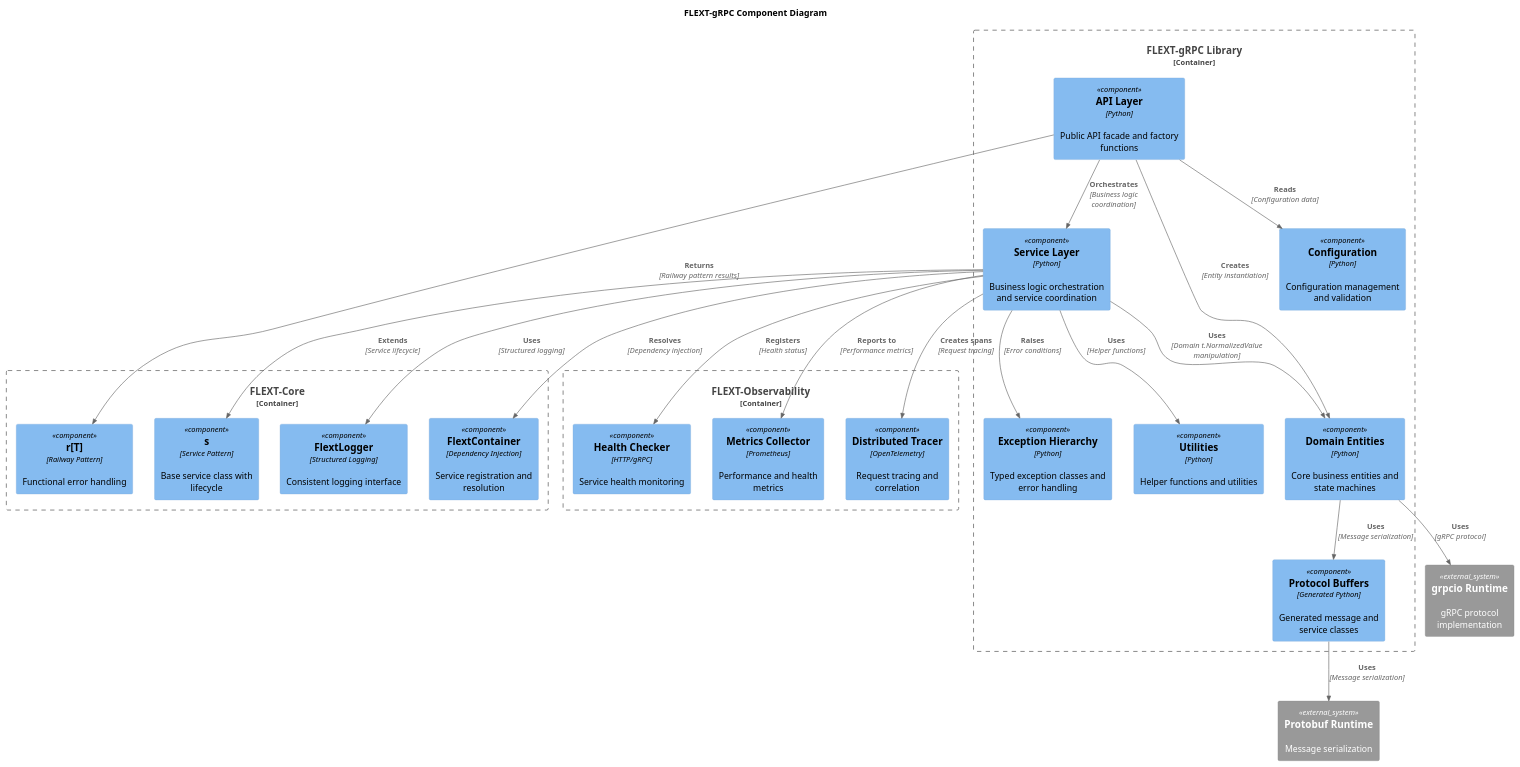
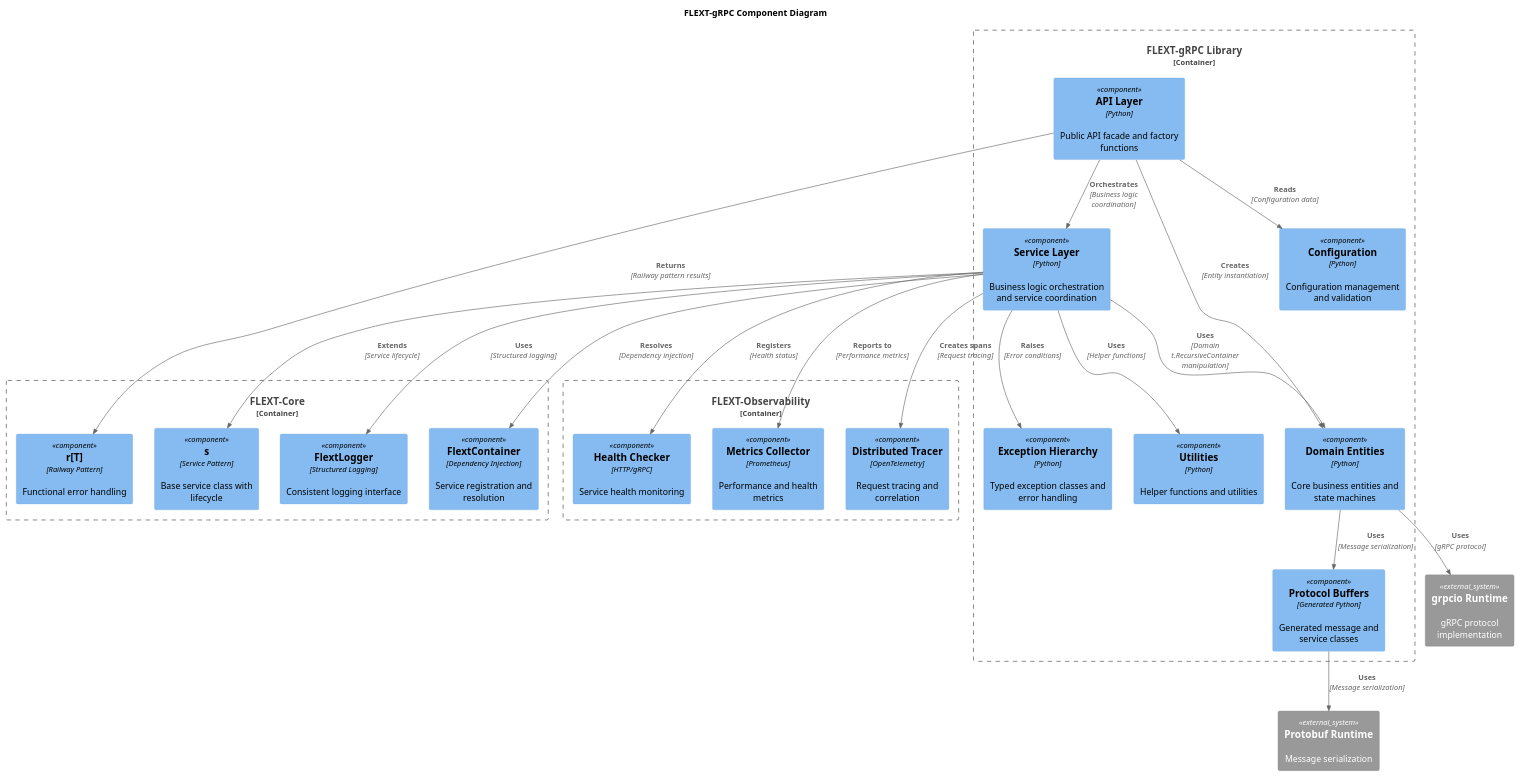
Before and after one commit to flext-sh/flext-grpc: the diagram in docs/architecture/diagrams/components.puml, drawn with PlantUML. The commit also changed 9 other files, not shown here.

```diff
--- a/docs/architecture/diagrams/components.puml
+++ b/docs/architecture/diagrams/components.puml
@@ -1,54 +1,54 @@
 @startuml FLEXT-gRPC Component Diagram
 !include <C4/C4_Component>
 
 title FLEXT-gRPC Component Diagram
 
 Container_Boundary(flext_grpc_lib, "FLEXT-gRPC Library") {
     Component(flext_grpc_api, "API Layer", "Python", "Public API facade and factory functions")
     Component(flext_grpc_services, "Service Layer", "Python", "Business logic orchestration and service coordination")
     Component(flext_grpc_entities, "Domain Entities", "Python", "Core business entities and state machines")
     Component(flext_grpc_config, "Configuration", "Python", "Configuration management and validation")
     Component(flext_grpc_exceptions, "Exception Hierarchy", "Python", "Typed exception classes and error handling")
     Component(flext_grpc_utilities, "Utilities", "Python", "Helper functions and utilities")
     Component(flext_grpc_protobuf, "Protocol Buffers", "Generated Python", "Generated message and service classes")
 }
 
 Container_Boundary(flext_core, "FLEXT-Core") {
     Component(flext_result, "r[T]", "Railway Pattern", "Functional error handling")
     Component(flext_container, "FlextContainer", "Dependency Injection", "Service registration and resolution")
     Component(flext_service, "s", "Service Pattern", "Base service class with lifecycle")
     Component(flext_logger, "FlextLogger", "Structured Logging", "Consistent logging interface")
 }
 
 Container_Boundary(flext_observability, "FLEXT-Observability") {
     Component(metrics_collector, "Metrics Collector", "Prometheus", "Performance and health metrics")
     Component(tracer, "Distributed Tracer", "OpenTelemetry", "Request tracing and correlation")
     Component(health_checker, "Health Checker", "HTTP/gRPC", "Service health monitoring")
 }
 
 System_Ext(grpcio_runtime, "grpcio Runtime", "gRPC protocol implementation")
 System_Ext(protobuf_runtime, "Protobuf Runtime", "Message serialization")
 
 Rel(flext_grpc_api, flext_grpc_services, "Orchestrates", "Business logic coordination")
 Rel(flext_grpc_api, flext_grpc_entities, "Creates", "Entity instantiation")
 Rel(flext_grpc_api, flext_grpc_config, "Reads", "Configuration data")
 
-Rel(flext_grpc_services, flext_grpc_entities, "Uses", "Domain t.NormalizedValue manipulation")
+Rel(flext_grpc_services, flext_grpc_entities, "Uses", "Domain t.RecursiveContainer manipulation")
 Rel(flext_grpc_services, flext_grpc_exceptions, "Raises", "Error conditions")
 Rel(flext_grpc_services, flext_grpc_utilities, "Uses", "Helper functions")
 
 Rel(flext_grpc_entities, flext_grpc_protobuf, "Uses", "Message serialization")
 
 Rel(flext_grpc_api, flext_result, "Returns", "Railway pattern results")
 Rel(flext_grpc_services, flext_container, "Resolves", "Dependency injection")
 Rel(flext_grpc_services, flext_service, "Extends", "Service lifecycle")
 Rel(flext_grpc_services, flext_logger, "Uses", "Structured logging")
 
 Rel(flext_grpc_services, metrics_collector, "Reports to", "Performance metrics")
 Rel(flext_grpc_services, tracer, "Creates spans", "Request tracing")
 Rel(flext_grpc_services, health_checker, "Registers", "Health status")
 
 Rel(flext_grpc_entities, grpcio_runtime, "Uses", "gRPC protocol")
 Rel(flext_grpc_protobuf, protobuf_runtime, "Uses", "Message serialization")
 
 @enduml
```
